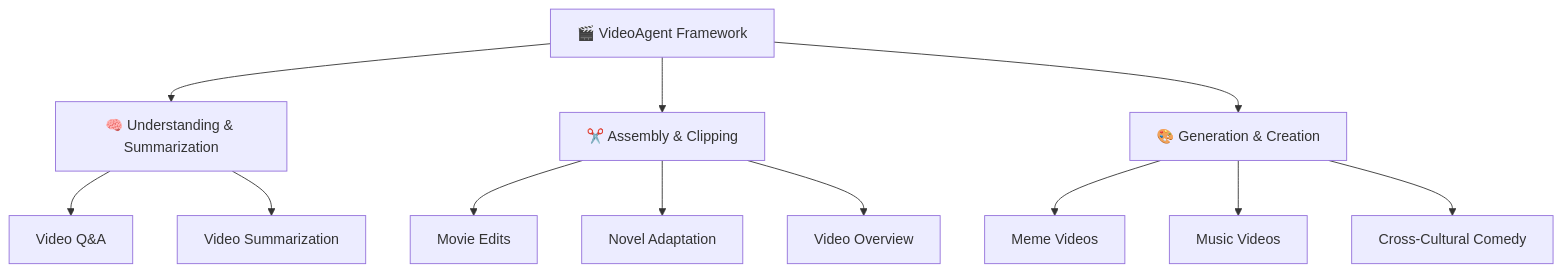
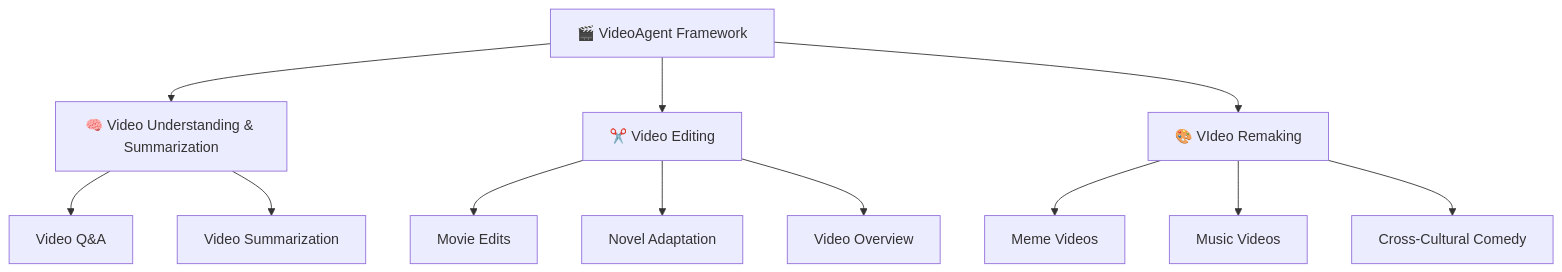
The diagram in readme.md (Quocadmin/VideoAgent), drawn with Mermaid before and after one commit. The commit also changed 1 other file, not shown here.

Commit message:
update mermaid

````diff
--- a/readme.md
+++ b/readme.md
@@ -92,17 +92,17 @@
 ```mermaid
 graph TB
-    A[🎬 VideoAgent Framework] --> B[🧠 Understanding & Summarization]
-    A --> C[✂️ Assembly & Clipping]
-    A --> D[🎨 Generation & Creation]
+    A[🎬 VideoAgent Framework] --> B[🧠 Video Understanding & Summarization]
+    A --> C[✂️ Video Editing]
+    A --> D[🎨 VIdeo Remaking]
     
     B --> B1[Video Q&A]
     B --> B2[Video Summarization]
     
     C --> C1[Movie Edits]
     C --> C2[Novel Adaptation]
     C --> C3[Video Overview]
     
     D --> D1[Meme Videos]
     D --> D2[Music Videos]
     D --> D3[Cross-Cultural Comedy]
 ```
````
